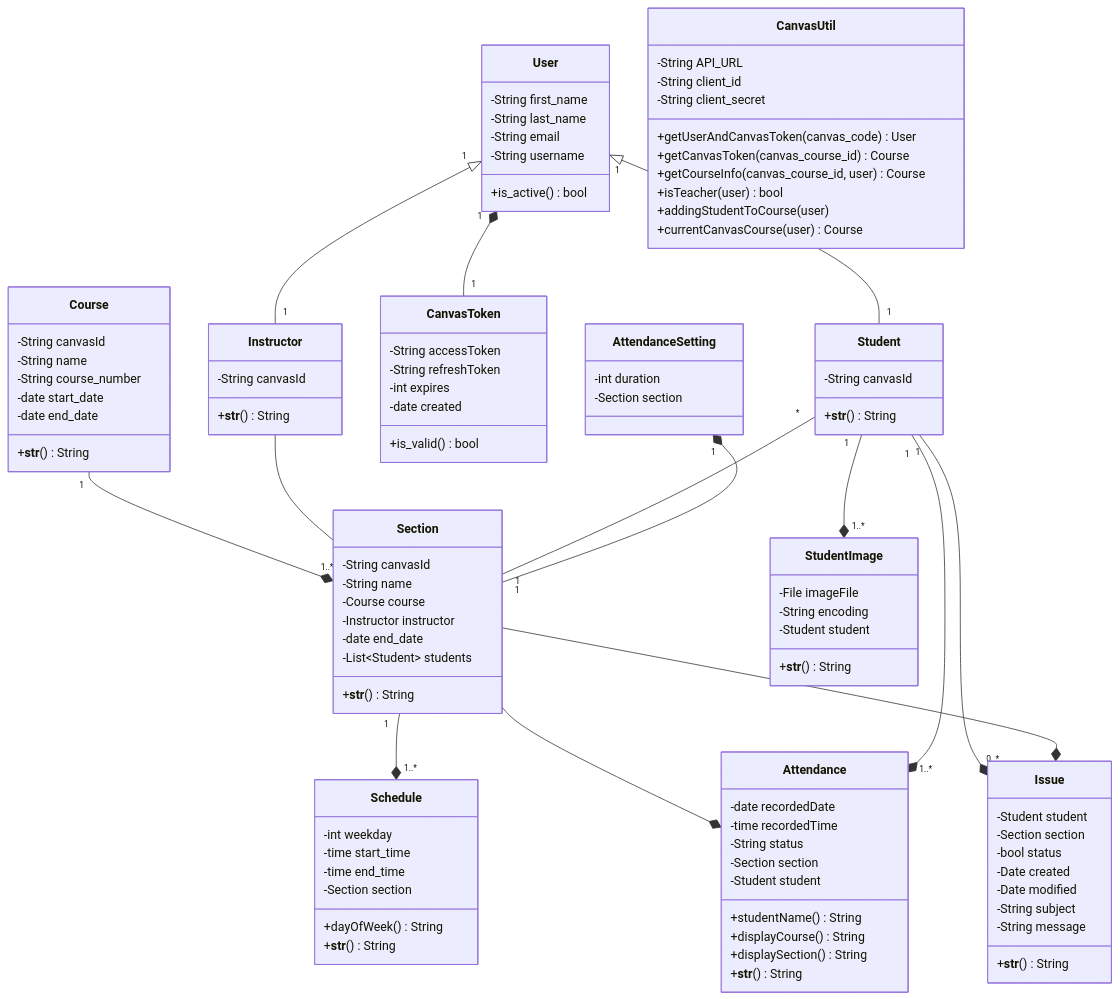
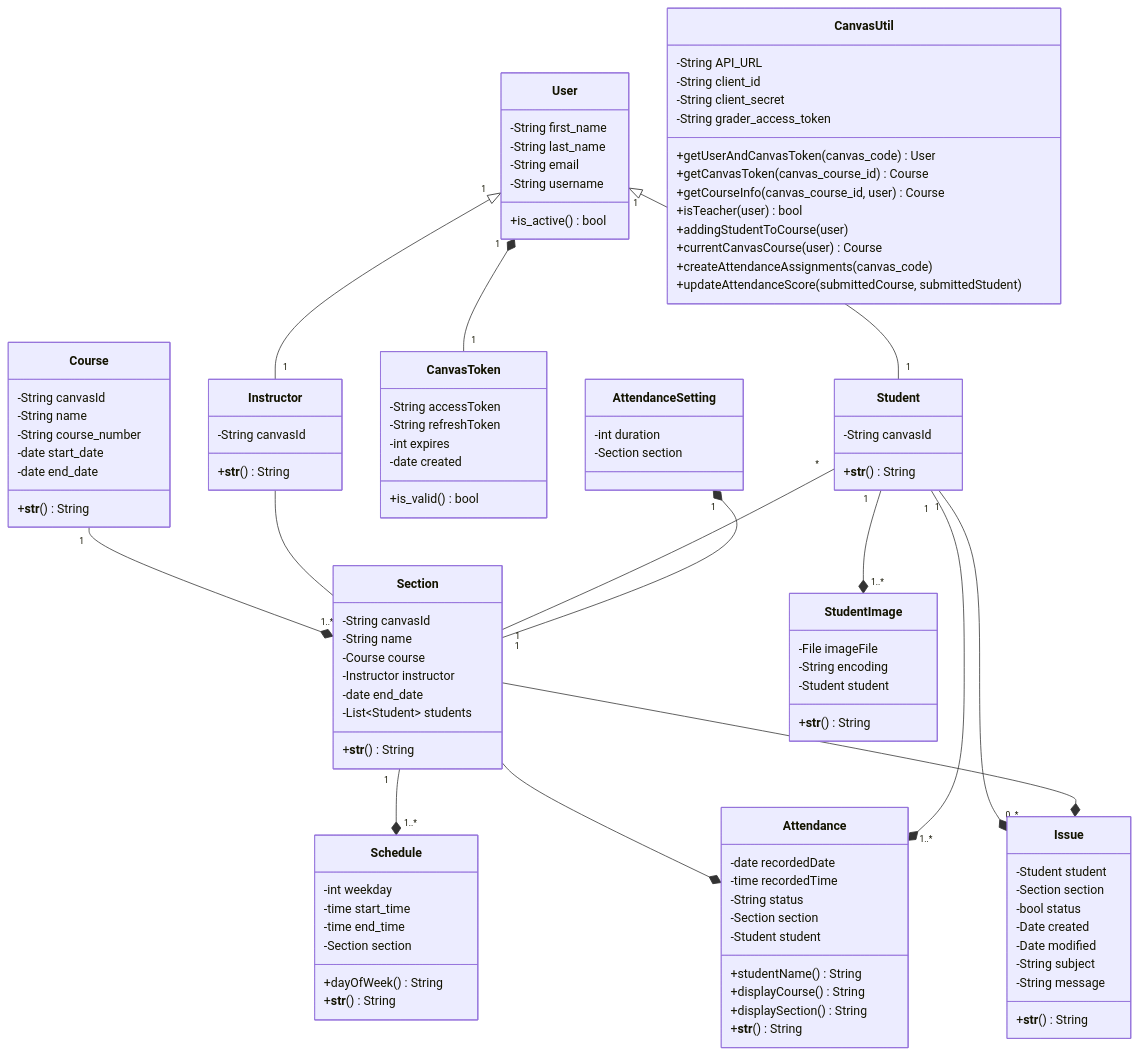
Before and after one commit to Capstone-Projects-2022-Fall/project-attendance-face-recognition: the diagram in documentation/docs/system-architecture/design.md, drawn with Mermaid.

Commit message:
Modified design.md with updated UML Class Diagram

```diff
--- a/documentation/docs/system-architecture/design.md
+++ b/documentation/docs/system-architecture/design.md
@@ -29,12 +29,15 @@
         -String API_URL
         -String client_id
         -String client_secret
+        -String grader_access_token
         +getUserAndCanvasToken(canvas_code) User
         +getCanvasToken(canvas_course_id) Course
         +getCourseInfo(canvas_course_id, user) Course
         +isTeacher(user) bool
         +addingStudentToCourse(user)
         +currentCanvasCourse(user) Course
+        +createAttendanceAssignments(canvas_code)
+        +updateAttendanceScore(submittedCourse, submittedStudent)
     }
     class User{
         -String first_name
```
